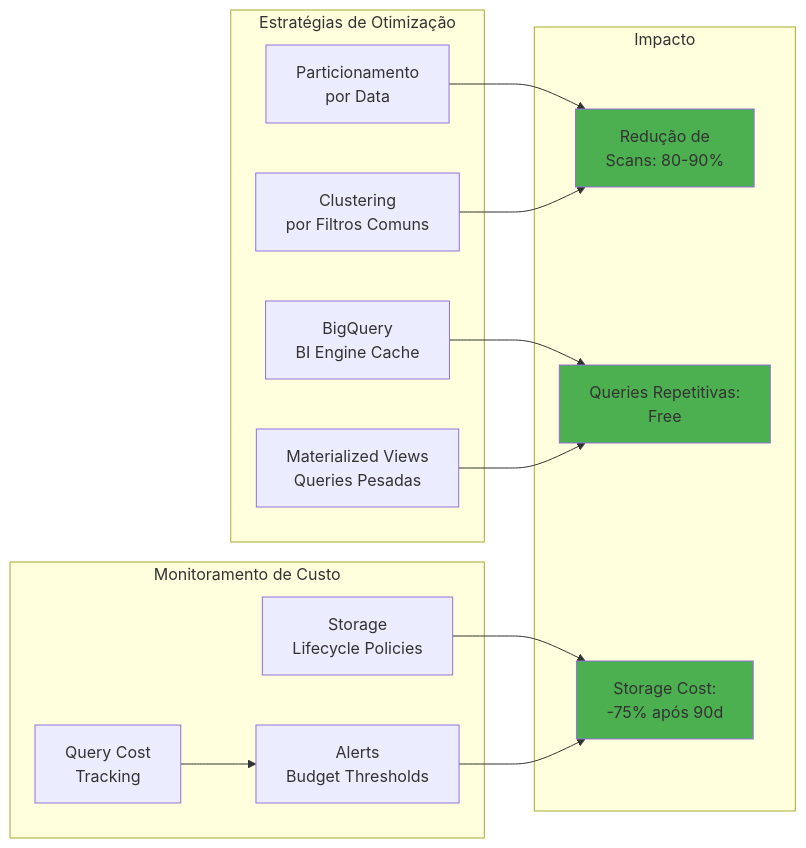
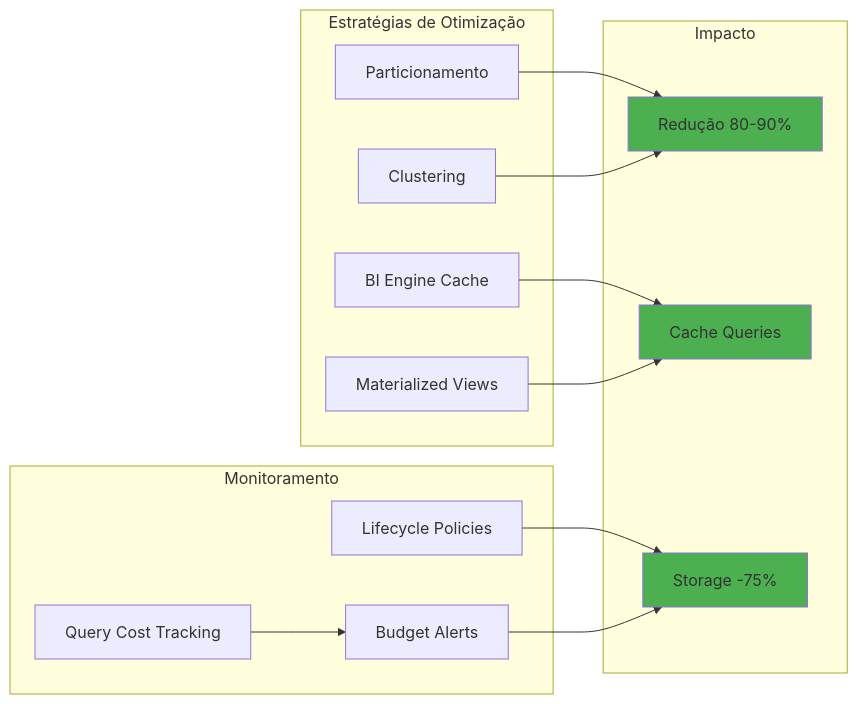
Before and after one commit to lucasgondias/desafio-tecnico-conta-azul: the eighth of 10 diagrams in ARCHITECTURE.md, drawn with Mermaid. The commit also changed other lines of this file, not shown here.

First line of the commit message:
Fix Mermaid diagrams for GitHub compatibility

````diff
--- a/ARCHITECTURE.md
+++ b/ARCHITECTURE.md
@@ -335,34 +335,34 @@
 ```mermaid
 graph LR
-    subgraph "Estratégias de Otimização"
-        O1[Particionamento<br/>por Data]
-        O2[Clustering<br/>por Filtros Comuns]
-        O3[BigQuery<br/>BI Engine Cache]
-        O4[Materialized Views<br/>Queries Pesadas]
+    subgraph OPT["Estratégias de Otimização"]
+        O1[Particionamento]
+        O2[Clustering]
+        O3[BI Engine Cache]
+        O4[Materialized Views]
     end
 
-    subgraph "Monitoramento de Custo"
-        M1[Query Cost<br/>Tracking]
-        M2[Storage<br/>Lifecycle Policies]
-        M3[Alerts<br/>Budget Thresholds]
+    subgraph MON["Monitoramento"]
+        M1[Query Cost Tracking]
+        M2[Lifecycle Policies]
+        M3[Budget Alerts]
     end
 
-    subgraph "Impacto"
-        R1[Redução de<br/>Scans: 80-90%]
-        R2[Queries Repetitivas:<br/>Free]
-        R3[Storage Cost:<br/>-75% após 90d]
+    subgraph IMP["Impacto"]
+        R1[Redução 80-90%]
+        R2[Cache Queries]
+        R3[Storage -75%]
     end
 
     O1 --> R1
     O2 --> R1
     O3 --> R2
     O4 --> R2
 
     M1 --> M3
     M2 --> R3
     M3 --> R3
 
     style R1 fill:#4caf50
     style R2 fill:#4caf50
     style R3 fill:#4caf50
 ```
````
